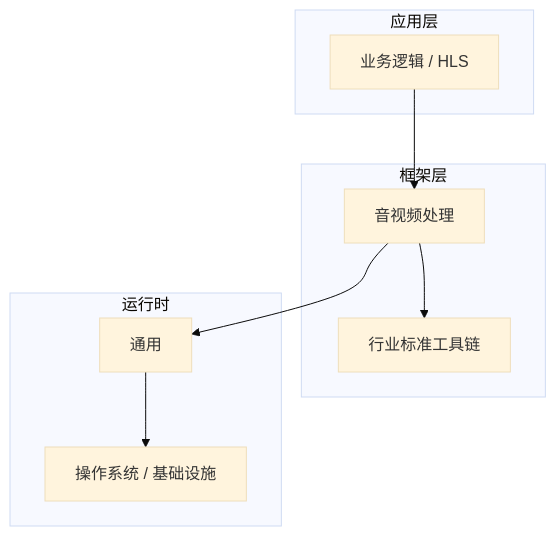
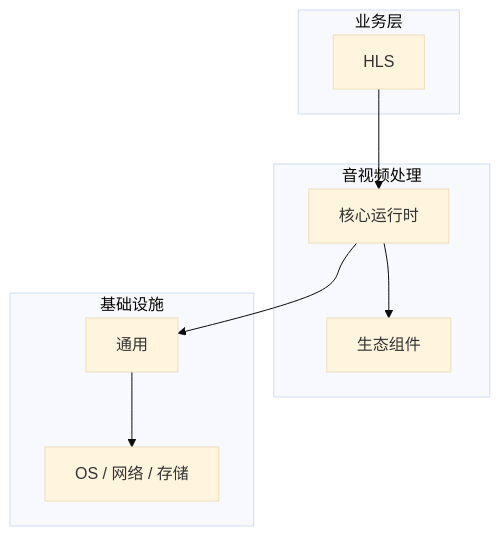
One commit to yanggan2015/knowledge-json-v2 changed the diagram in articles/音视频处理/chapters/046-HLS核心概念与原理.md. Above: the diagram before and after it, drawn with Mermaid (base theme). The commit also changed other lines of this file and 10127 other files, not shown here.

````diff
--- a/articles/音视频处理/chapters/046-HLS核心概念与原理.md
+++ b/articles/音视频处理/chapters/046-HLS核心概念与原理.md
@@ -45,18 +30,18 @@
 ```mermaid
 graph TB
-    subgraph 应用层
-        A[业务逻辑 / HLS]
+    subgraph 业务层
+        A[HLS]
     end
-    subgraph 框架层
-        B[音视频处理]
-        C[行业标准工具链]
+    subgraph 音视频处理
+        B[核心运行时]
+        C[生态组件]
     end
-    subgraph 运行时
+    subgraph 基础设施
         D[通用]
-        E[操作系统 / 基础设施]
+        E[OS / 网络 / 存储]
     end
     A --> B
     B --> C
     B --> D
     D --> E
 ```
````
